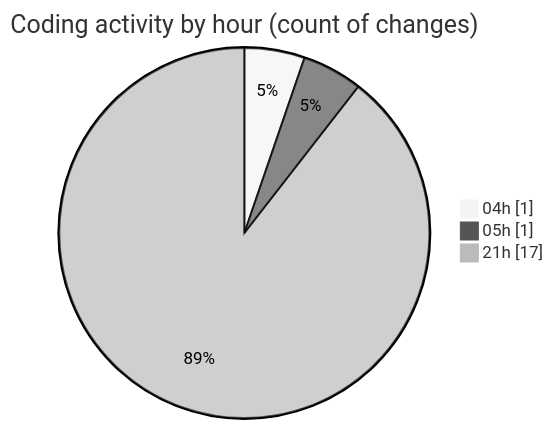
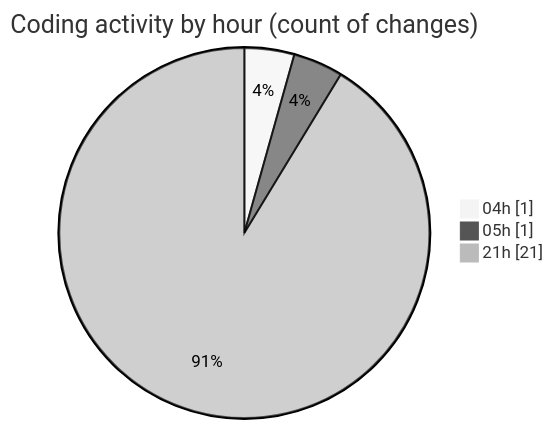
The second of 2 diagrams in 2025-03-26/autodidak/README.md (idhammustaqopulfikri/code-tracking), drawn with Mermaid (neutral theme) before and after one commit. The commit also changed other lines of this file and 1 other file, not shown here.

````diff
--- a/2025-03-26/autodidak/README.md
+++ b/2025-03-26/autodidak/README.md
@@ -37,7 +40,7 @@
 ```mermaid
 pie showData
 title Coding activity by hour (count of changes)
 "04h" : 1
 "05h" : 1
-"21h" : 17
+"21h" : 21
 ```
````
